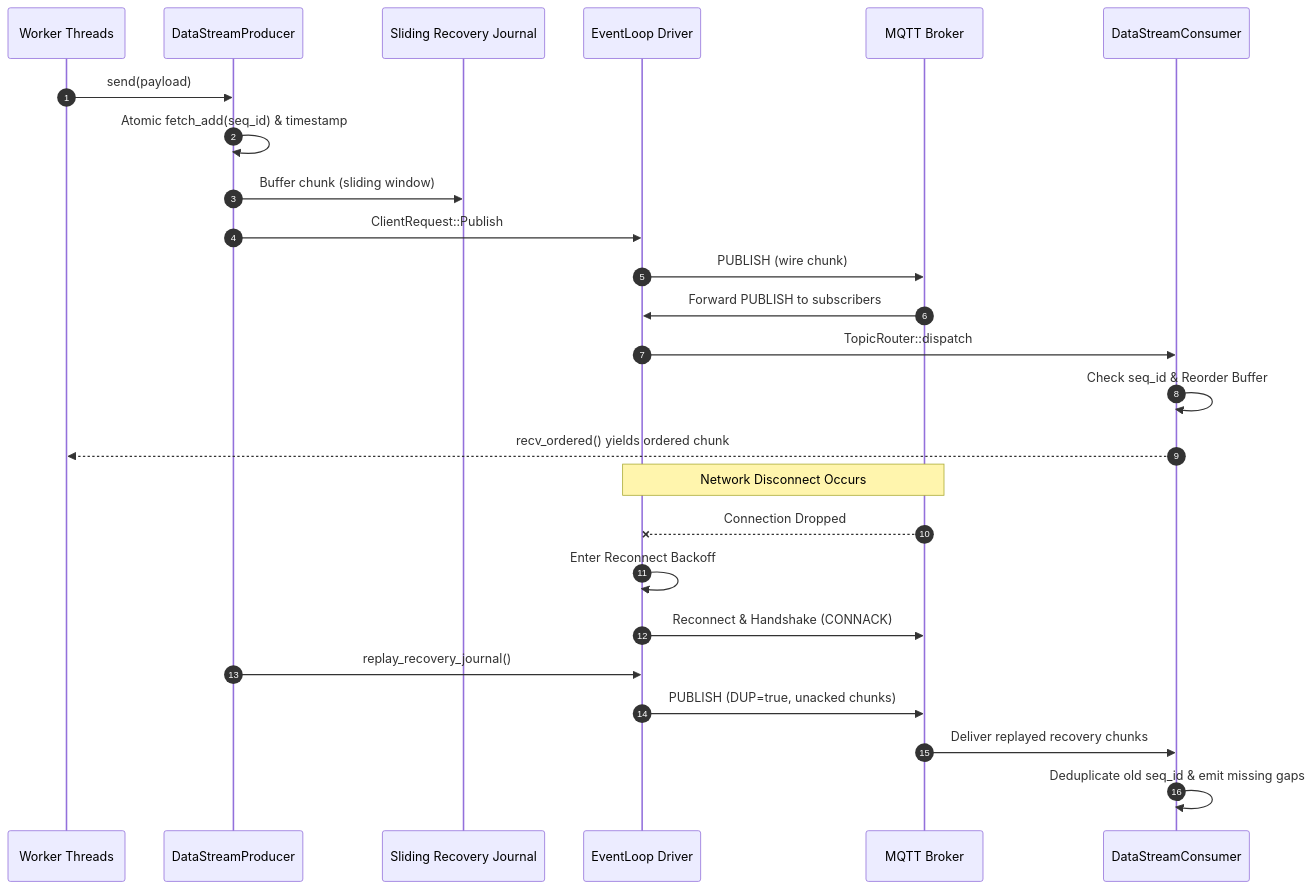
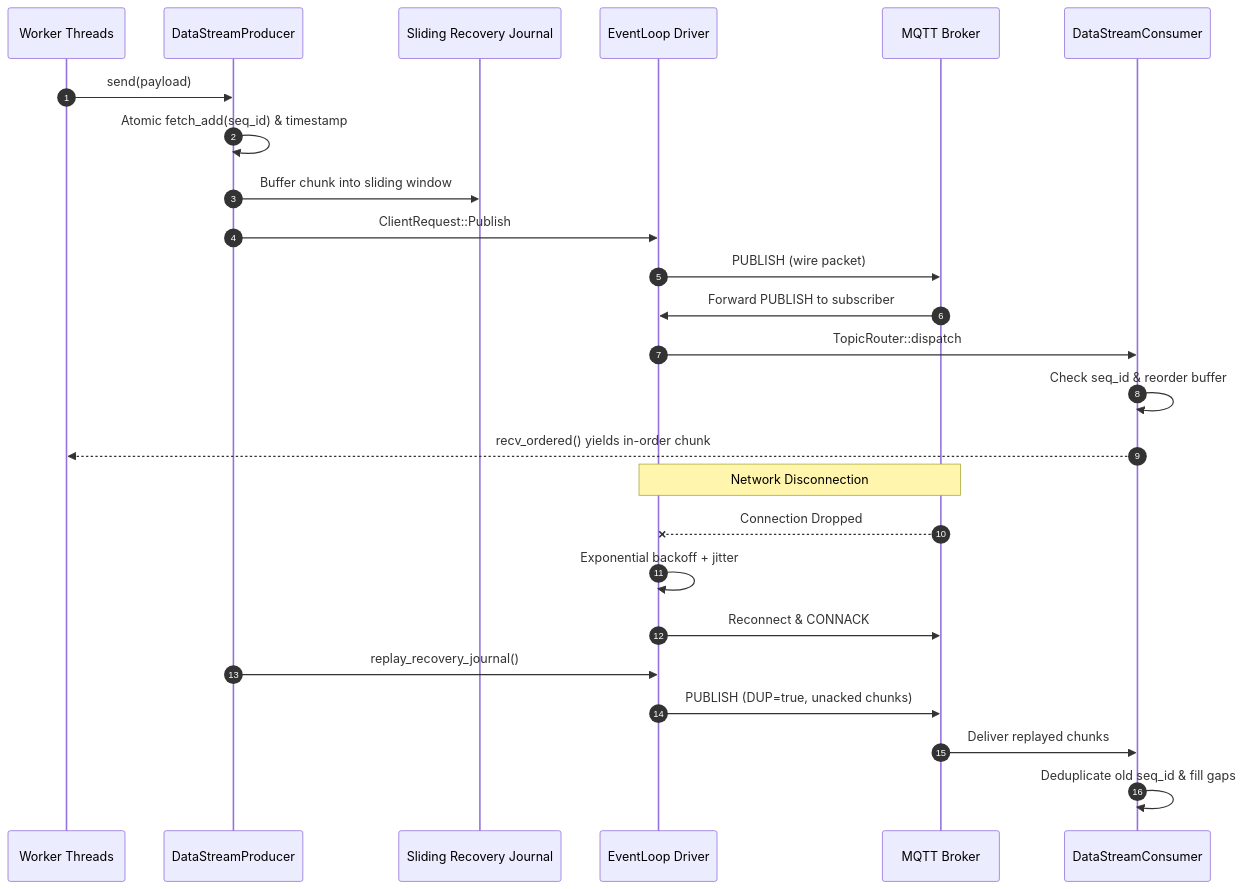
One commit to FaezBarghasa/mqtt-async-embedded changed the second of 2 diagrams in docs/appflow.md. Above: the diagram before and after it, drawn with Mermaid. The commit also changed other lines of this file and 6 other files, not shown here.

Commit message:
docs: refactor and update project documentation to reflect architectural refinements and platform support matrix

````diff
--- a/docs/appflow.md
+++ b/docs/appflow.md
@@ -39,29 +39,29 @@
 ```mermaid
 sequenceDiagram
     autonumber
     participant App as Worker Threads
     participant Prod as DataStreamProducer
     participant Journal as Sliding Recovery Journal
     participant EL as EventLoop Driver
     participant Broker as MQTT Broker
     participant Cons as DataStreamConsumer
 
     App->>Prod: send(payload)
     Prod->>Prod: Atomic fetch_add(seq_id) & timestamp
-    Prod->>Journal: Buffer chunk (sliding window)
+    Prod->>Journal: Buffer chunk into sliding window
     Prod->>EL: ClientRequest::Publish
-    EL->>Broker: PUBLISH (wire chunk)
-    Broker->>EL: Forward PUBLISH to subscribers
+    EL->>Broker: PUBLISH (wire packet)
+    Broker->>EL: Forward PUBLISH to subscriber
     EL->>Cons: TopicRouter::dispatch
-    Cons->>Cons: Check seq_id & Reorder Buffer
-    Cons-->>App: recv_ordered() yields ordered chunk
+    Cons->>Cons: Check seq_id & reorder buffer
+    Cons-->>App: recv_ordered() yields in-order chunk
 
-    Note over EL,Broker: Network Disconnect Occurs
+    Note over EL,Broker: Network Disconnection
     Broker--xEL: Connection Dropped
-    EL->>EL: Enter Reconnect Backoff
-    EL->>Broker: Reconnect & Handshake (CONNACK)
+    EL->>EL: Exponential backoff + jitter
+    EL->>Broker: Reconnect & CONNACK
     Prod->>EL: replay_recovery_journal()
     EL->>Broker: PUBLISH (DUP=true, unacked chunks)
-    Broker->>Cons: Deliver replayed recovery chunks
-    Cons->>Cons: Deduplicate old seq_id & emit missing gaps
+    Broker->>Cons: Deliver replayed chunks
+    Cons->>Cons: Deduplicate old seq_id & fill gaps
 ```
````
